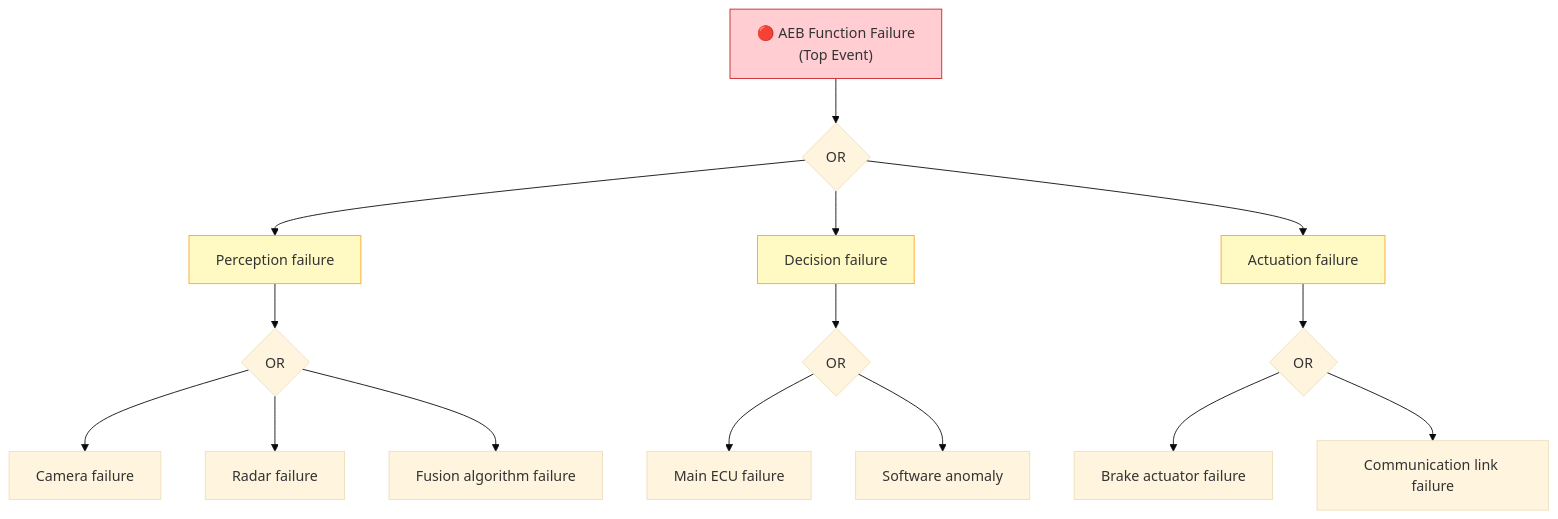
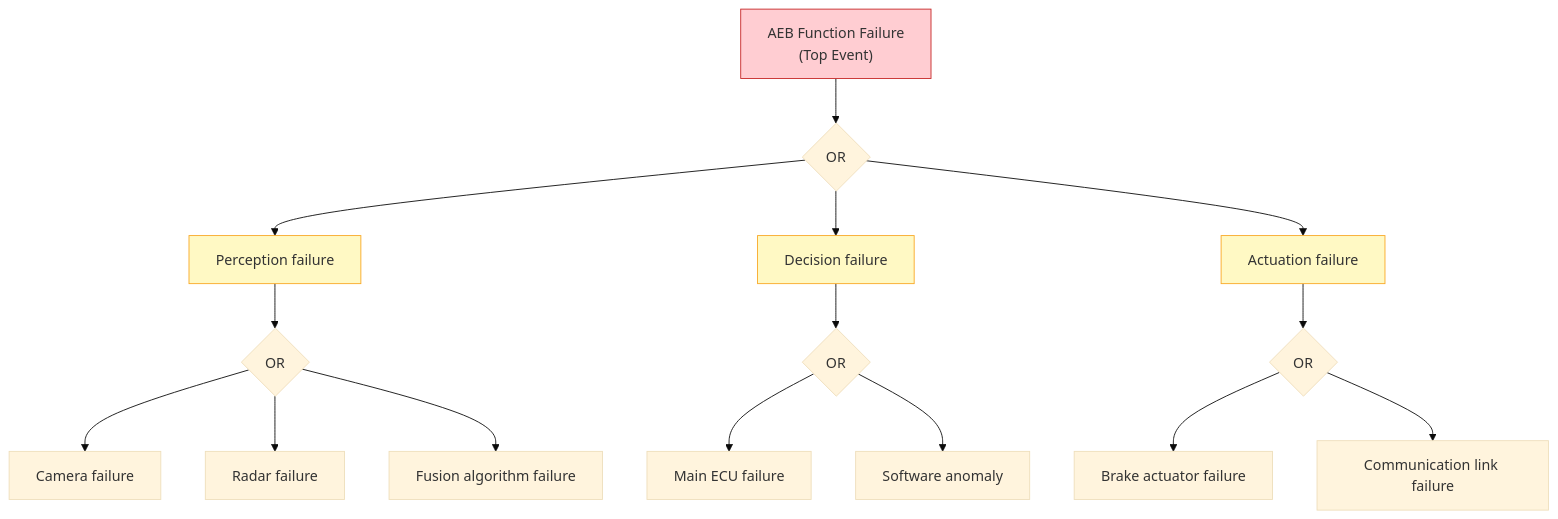
The third of 7 diagrams in docs/02_System_Analysis/Hardware_Reliability.en.md (michaellinhq/automotive-develop-architecture), drawn with Mermaid (base theme) before and after one commit. The commit also changed other lines of this file and 7 other files, not shown here.

Commit message:
Harden Mermaid syntax in English docs

````diff
--- a/docs/02_System_Analysis/Hardware_Reliability.en.md
+++ b/docs/02_System_Analysis/Hardware_Reliability.en.md
@@ -91,28 +91,28 @@
 ```mermaid
 flowchart TB
-    TOP["🔴 AEB Function Failure<br/>(Top Event)"]
+    TOP[" AEB Function Failure<br/>(Top Event)"]
 
     TOP --> OR1{OR}
 
     OR1 --> INT1["Perception failure"]
     OR1 --> INT2["Decision failure"]
     OR1 --> INT3["Actuation failure"]
 
     INT1 --> OR2{OR}
     OR2 --> B1["Camera failure"]
     OR2 --> B2["Radar failure"]
     OR2 --> B3["Fusion algorithm failure"]
 
     INT2 --> OR3{OR}
     OR3 --> B4["Main ECU failure"]
     OR3 --> B5["Software anomaly"]
 
     INT3 --> OR4{OR}
     OR4 --> B6["Brake actuator failure"]
     OR4 --> B7["Communication link failure"]
 
     style TOP fill:#ffcdd2,stroke:#c62828
     style INT1 fill:#fff9c4,stroke:#f9a825
     style INT2 fill:#fff9c4,stroke:#f9a825
     style INT3 fill:#fff9c4,stroke:#f9a825
 ```
````
